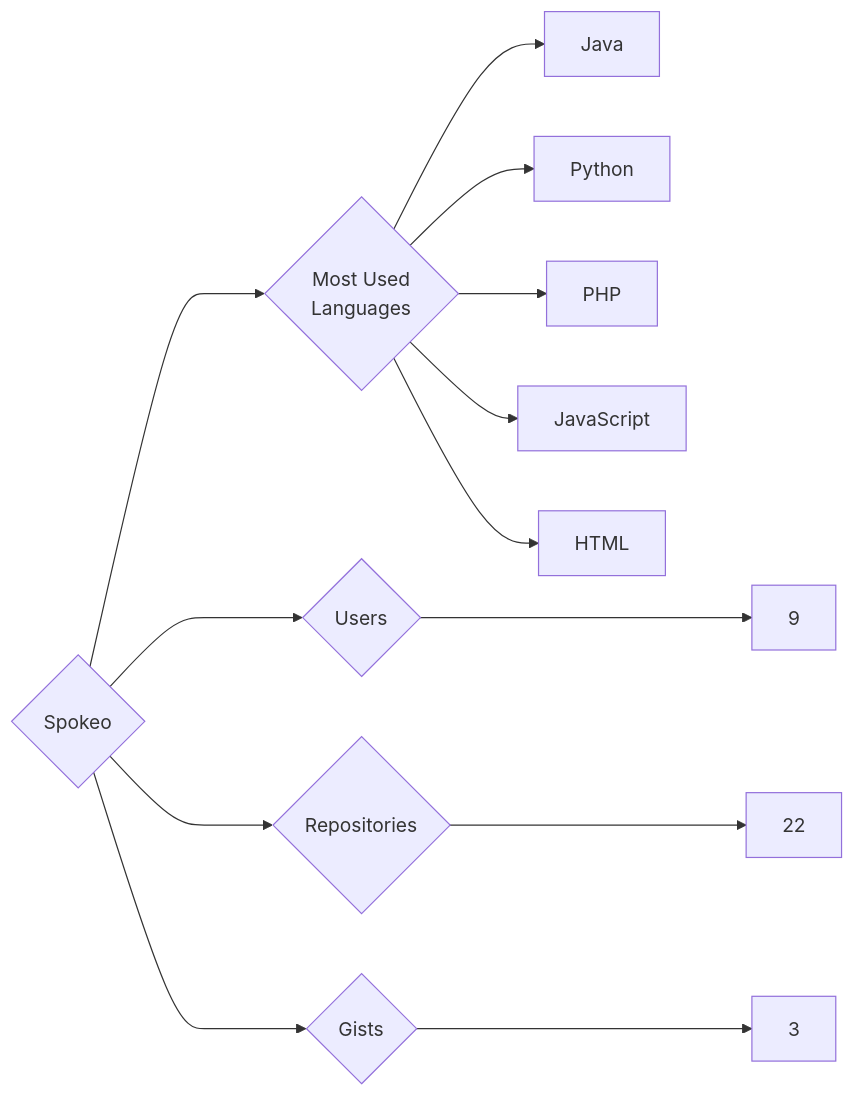
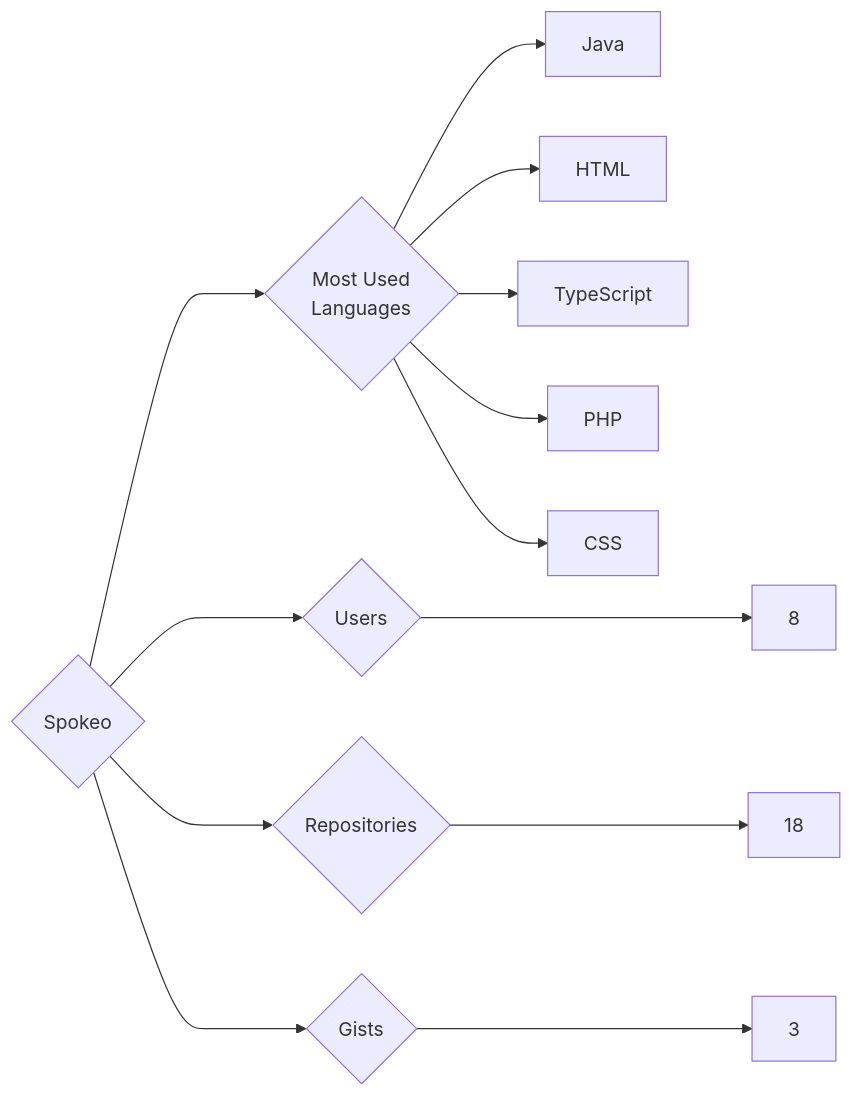
The diagram in targets/Spokeo/README.md (trickest/insiders), drawn with Mermaid before and after one commit. The commit also changed 823 other files, not shown here.

````diff
--- a/targets/Spokeo/README.md
+++ b/targets/Spokeo/README.md
@@ -3,13 +3,13 @@
 ```mermaid
 graph LR
 COMPANY_NAME{Spokeo}
-COMPANY_NAME ---> U{Users} ---> UN[9]
-COMPANY_NAME ---> R{Repositories} ---> RN[22]
+COMPANY_NAME ---> U{Users} ---> UN[8]
+COMPANY_NAME ---> R{Repositories} ---> RN[18]
 COMPANY_NAME ---> G{Gists} ---> GN[3]
 COMPANY_NAME ---> ML{Most Used<br>Languages}
 ML --> Java[Java]
-ML --> Python[Python]
+ML --> HTML[HTML]
+ML --> TypeScript[TypeScript]
 ML --> PHP[PHP]
-ML --> JavaScript[JavaScript]
-ML --> HTML[HTML]
+ML --> CSS[CSS]
 ```
````
